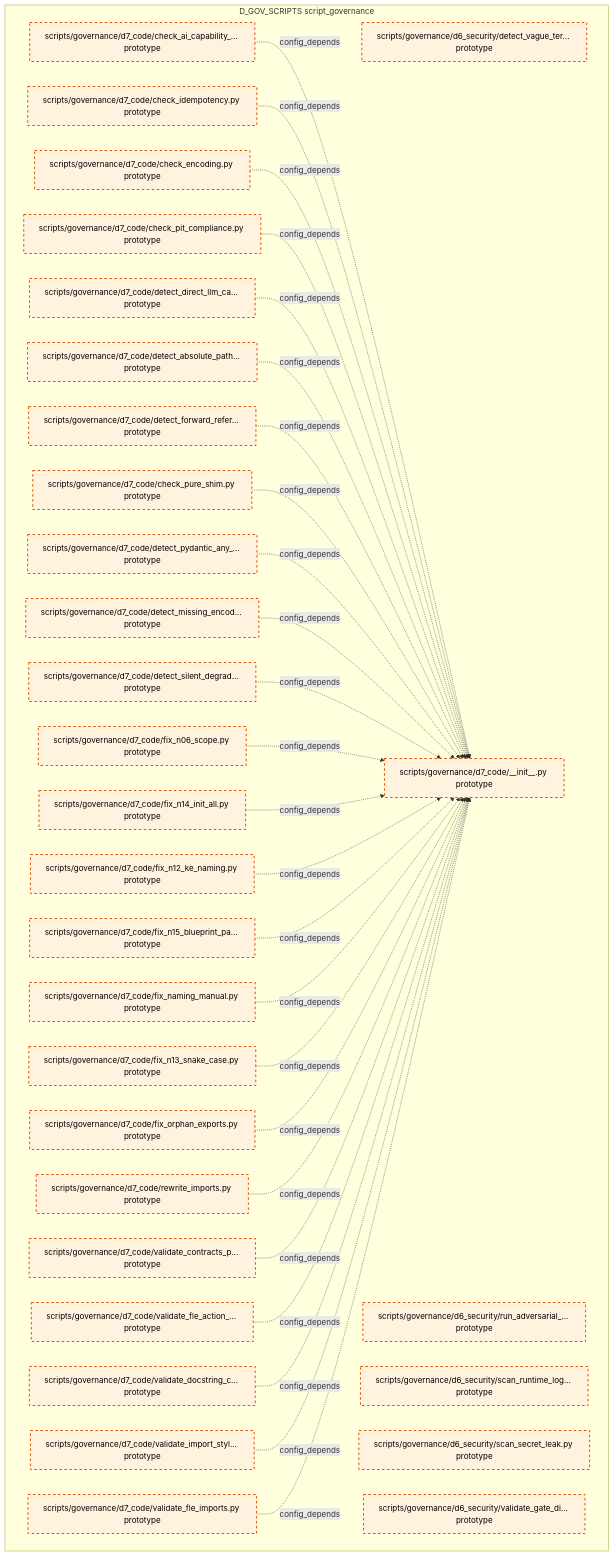
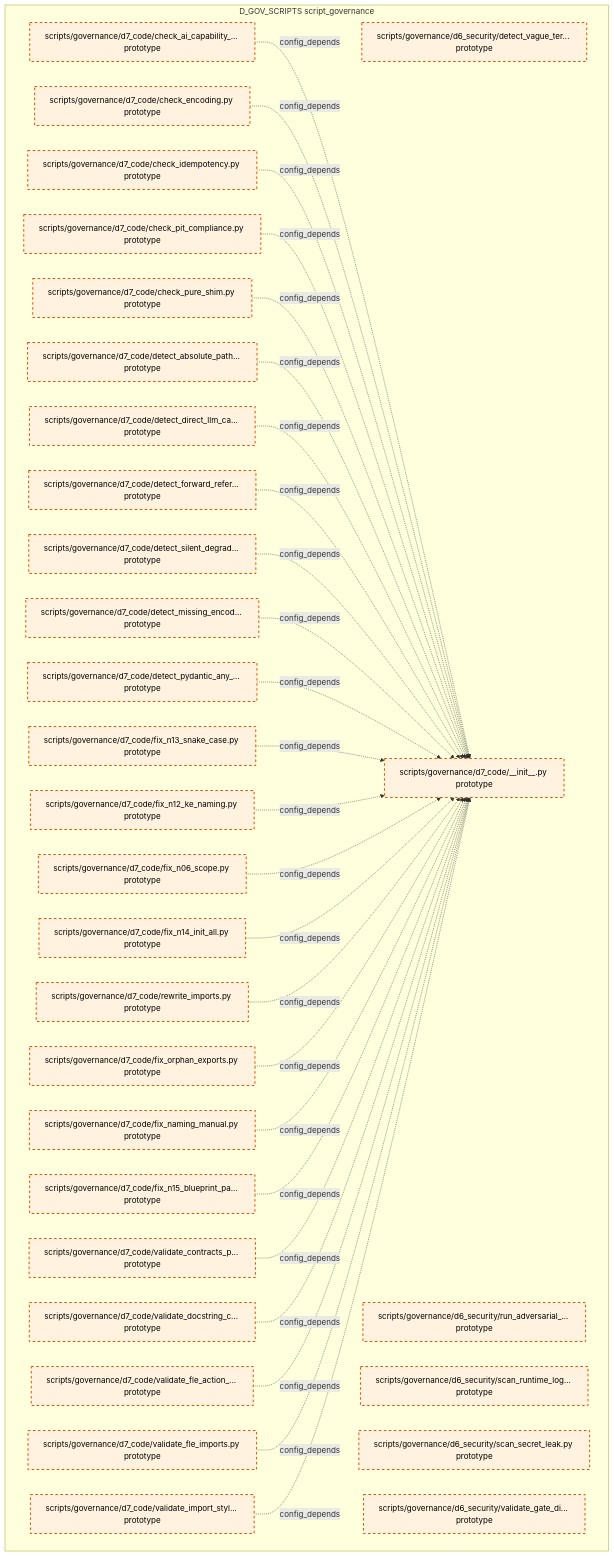
Before and after one commit to xuanFelixVan/ZephyrAlpha: the tenth of 15 diagrams in docs/02_enterprise_architecture/02_domain_architecture_docs/36_d_gov_scripts.md, drawn with Mermaid. The commit also changed other lines of this file and 99 other files, not shown here.

````diff
--- a/docs/02_enterprise_architecture/02_domain_architecture_docs/36_d_gov_scripts.md
+++ b/docs/02_enterprise_architecture/02_domain_architecture_docs/36_d_gov_scripts.md
@@ -696,64 +695,64 @@
 ```mermaid
 graph TD
     subgraph D_GOV_SCRIPTS["D_GOV_SCRIPTS script_governance"]
         scripts_governance_d6_security_detect_vague_terms_py["scripts/governance/d6_security/detect_vague_ter... prototype"]
         scripts_governance_d6_security_run_adversarial_checks_py["scripts/governance/d6_security/run_adversarial_... prototype"]
         scripts_governance_d6_security_scan_runtime_log_secrets_py["scripts/governance/d6_security/scan_runtime_log... prototype"]
         scripts_governance_d6_security_scan_secret_leak_py["scripts/governance/d6_security/scan_secret_leak.py prototype"]
         scripts_governance_d6_security_validate_gate_discipline_py["scripts/governance/d6_security/validate_gate_di... prototype"]
         scripts_governance_d7_code_init_py["scripts/governance/d7_code/__init__.py prototype"]
         scripts_governance_d7_code_check_ai_capability_boundary_py["scripts/governance/d7_code/check_ai_capability_... prototype"]
         scripts_governance_d7_code_check_encoding_py["scripts/governance/d7_code/check_encoding.py prototype"]
         scripts_governance_d7_code_check_idempotency_py["scripts/governance/d7_code/check_idempotency.py prototype"]
         scripts_governance_d7_code_check_pit_compliance_py["scripts/governance/d7_code/check_pit_compliance.py prototype"]
         scripts_governance_d7_code_check_pure_shim_py["scripts/governance/d7_code/check_pure_shim.py prototype"]
         scripts_governance_d7_code_detect_absolute_path_hardcoding_py["scripts/governance/d7_code/detect_absolute_path... prototype"]
         scripts_governance_d7_code_detect_direct_llm_calls_py["scripts/governance/d7_code/detect_direct_llm_ca... prototype"]
         scripts_governance_d7_code_detect_forward_reference_py["scripts/governance/d7_code/detect_forward_refer... prototype"]
         scripts_governance_d7_code_detect_missing_encoding_py["scripts/governance/d7_code/detect_missing_encod... prototype"]
         scripts_governance_d7_code_detect_pydantic_any_fields_py["scripts/governance/d7_code/detect_pydantic_any_... prototype"]
         scripts_governance_d7_code_detect_silent_degradation_py["scripts/governance/d7_code/detect_silent_degrad... prototype"]
         scripts_governance_d7_code_fix_n06_scope_py["scripts/governance/d7_code/fix_n06_scope.py prototype"]
         scripts_governance_d7_code_fix_n12_ke_naming_py["scripts/governance/d7_code/fix_n12_ke_naming.py prototype"]
         scripts_governance_d7_code_fix_n13_snake_case_py["scripts/governance/d7_code/fix_n13_snake_case.py prototype"]
         scripts_governance_d7_code_fix_n14_init_all_py["scripts/governance/d7_code/fix_n14_init_all.py prototype"]
         scripts_governance_d7_code_fix_n15_blueprint_path_py["scripts/governance/d7_code/fix_n15_blueprint_pa... prototype"]
         scripts_governance_d7_code_fix_naming_manual_py["scripts/governance/d7_code/fix_naming_manual.py prototype"]
         scripts_governance_d7_code_fix_orphan_exports_py["scripts/governance/d7_code/fix_orphan_exports.py prototype"]
         scripts_governance_d7_code_rewrite_imports_py["scripts/governance/d7_code/rewrite_imports.py prototype"]
         scripts_governance_d7_code_validate_contracts_purity_py["scripts/governance/d7_code/validate_contracts_p... prototype"]
         scripts_governance_d7_code_validate_docstring_coverage_py["scripts/governance/d7_code/validate_docstring_c... prototype"]
         scripts_governance_d7_code_validate_fle_action_metadata_py["scripts/governance/d7_code/validate_fle_action_... prototype"]
         scripts_governance_d7_code_validate_fle_imports_py["scripts/governance/d7_code/validate_fle_imports.py prototype"]
         scripts_governance_d7_code_validate_import_style_py["scripts/governance/d7_code/validate_import_styl... prototype"]
     end
     scripts_governance_d7_code_check_ai_capability_boundary_py -.->|config_depends| scripts_governance_d7_code_init_py
+    scripts_governance_d7_code_check_encoding_py -.->|config_depends| scripts_governance_d7_code_init_py
     scripts_governance_d7_code_check_idempotency_py -.->|config_depends| scripts_governance_d7_code_init_py
-    scripts_governance_d7_code_check_encoding_py -.->|config_depends| scripts_governance_d7_code_init_py
     scripts_governance_d7_code_check_pit_compliance_py -.->|config_depends| scripts_governance_d7_code_init_py
+    scripts_governance_d7_code_check_pure_shim_py -.->|config_depends| scripts_governance_d7_code_init_py
+    scripts_governance_d7_code_detect_absolute_path_hardcoding_py -.->|config_depends| scripts_governance_d7_code_init_py
     scripts_governance_d7_code_detect_direct_llm_calls_py -.->|config_depends| scripts_governance_d7_code_init_py
-    scripts_governance_d7_code_detect_absolute_path_hardcoding_py -.->|config_depends| scripts_governance_d7_code_init_py
     scripts_governance_d7_code_detect_forward_reference_py -.->|config_depends| scripts_governance_d7_code_init_py
-    scripts_governance_d7_code_check_pure_shim_py -.->|config_depends| scripts_governance_d7_code_init_py
+    scripts_governance_d7_code_detect_silent_degradation_py -.->|config_depends| scripts_governance_d7_code_init_py
+    scripts_governance_d7_code_detect_missing_encoding_py -.->|config_depends| scripts_governance_d7_code_init_py
     scripts_governance_d7_code_detect_pydantic_any_fields_py -.->|config_depends| scripts_governance_d7_code_init_py
-    scripts_governance_d7_code_detect_missing_encoding_py -.->|config_depends| scripts_governance_d7_code_init_py
-    scripts_governance_d7_code_detect_silent_degradation_py -.->|config_depends| scripts_governance_d7_code_init_py
+    scripts_governance_d7_code_fix_n13_snake_case_py -.->|config_depends| scripts_governance_d7_code_init_py
+    scripts_governance_d7_code_fix_n12_ke_naming_py -.->|config_depends| scripts_governance_d7_code_init_py
     scripts_governance_d7_code_fix_n06_scope_py -.->|config_depends| scripts_governance_d7_code_init_py
     scripts_governance_d7_code_fix_n14_init_all_py -.->|config_depends| scripts_governance_d7_code_init_py
-    scripts_governance_d7_code_fix_n12_ke_naming_py -.->|config_depends| scripts_governance_d7_code_init_py
+    scripts_governance_d7_code_rewrite_imports_py -.->|config_depends| scripts_governance_d7_code_init_py
+    scripts_governance_d7_code_fix_orphan_exports_py -.->|config_depends| scripts_governance_d7_code_init_py
+    scripts_governance_d7_code_fix_naming_manual_py -.->|config_depends| scripts_governance_d7_code_init_py
     scripts_governance_d7_code_fix_n15_blueprint_path_py -.->|config_depends| scripts_governance_d7_code_init_py
-    scripts_governance_d7_code_fix_naming_manual_py -.->|config_depends| scripts_governance_d7_code_init_py
-    scripts_governance_d7_code_fix_n13_snake_case_py -.->|config_depends| scripts_governance_d7_code_init_py
-    scripts_governance_d7_code_fix_orphan_exports_py -.->|config_depends| scripts_governance_d7_code_init_py
-    scripts_governance_d7_code_rewrite_imports_py -.->|config_depends| scripts_governance_d7_code_init_py
     scripts_governance_d7_code_validate_contracts_purity_py -.->|config_depends| scripts_governance_d7_code_init_py
+    scripts_governance_d7_code_validate_docstring_coverage_py -.->|config_depends| scripts_governance_d7_code_init_py
     scripts_governance_d7_code_validate_fle_action_metadata_py -.->|config_depends| scripts_governance_d7_code_init_py
-    scripts_governance_d7_code_validate_docstring_coverage_py -.->|config_depends| scripts_governance_d7_code_init_py
+    scripts_governance_d7_code_validate_fle_imports_py -.->|config_depends| scripts_governance_d7_code_init_py
     scripts_governance_d7_code_validate_import_style_py -.->|config_depends| scripts_governance_d7_code_init_py
-    scripts_governance_d7_code_validate_fle_imports_py -.->|config_depends| scripts_governance_d7_code_init_py
     classDef production fill:#e1f5fe,stroke:#01579b,stroke-width:2px,color:#000
     classDef design fill:#fff3e0,stroke:#e65100,stroke-width:2px,color:#000,stroke-dasharray: 5 5
     classDef external_prod fill:#e8f5e9,stroke:#1b5e20,stroke-width:1px,color:#000
     classDef external_design fill:#fce4ec,stroke:#880e4f,stroke-width:1px,color:#000,stroke-dasharray: 5 5
     class scripts_governance_d6_security_detect_vague_terms_py,scripts_governance_d6_security_run_adversarial_checks_py,scripts_governance_d6_security_scan_runtime_log_secrets_py,scripts_governance_d6_security_scan_secret_leak_py,scripts_governance_d6_security_validate_gate_discipline_py,scripts_governance_d7_code_init_py,scripts_governance_d7_code_check_ai_capability_boundary_py,scripts_governance_d7_code_check_encoding_py,scripts_governance_d7_code_check_idempotency_py,scripts_governance_d7_code_check_pit_compliance_py,scripts_governance_d7_code_check_pure_shim_py,scripts_governance_d7_code_detect_absolute_path_hardcoding_py,scripts_governance_d7_code_detect_direct_llm_calls_py,scripts_governance_d7_code_detect_forward_reference_py,scripts_governance_d7_code_detect_missing_encoding_py,scripts_governance_d7_code_detect_pydantic_any_fields_py,scripts_governance_d7_code_detect_silent_degradation_py,scripts_governance_d7_code_fix_n06_scope_py,scripts_governance_d7_code_fix_n12_ke_naming_py,scripts_governance_d7_code_fix_n13_snake_case_py,scripts_governance_d7_code_fix_n14_init_all_py,scripts_governance_d7_code_fix_n15_blueprint_path_py,scripts_governance_d7_code_fix_naming_manual_py,scripts_governance_d7_code_fix_orphan_exports_py,scripts_governance_d7_code_rewrite_imports_py,scripts_governance_d7_code_validate_contracts_purity_py,scripts_governance_d7_code_validate_docstring_coverage_py,scripts_governance_d7_code_validate_fle_action_metadata_py,scripts_governance_d7_code_validate_fle_imports_py,scripts_governance_d7_code_validate_import_style_py design
 ```
````
